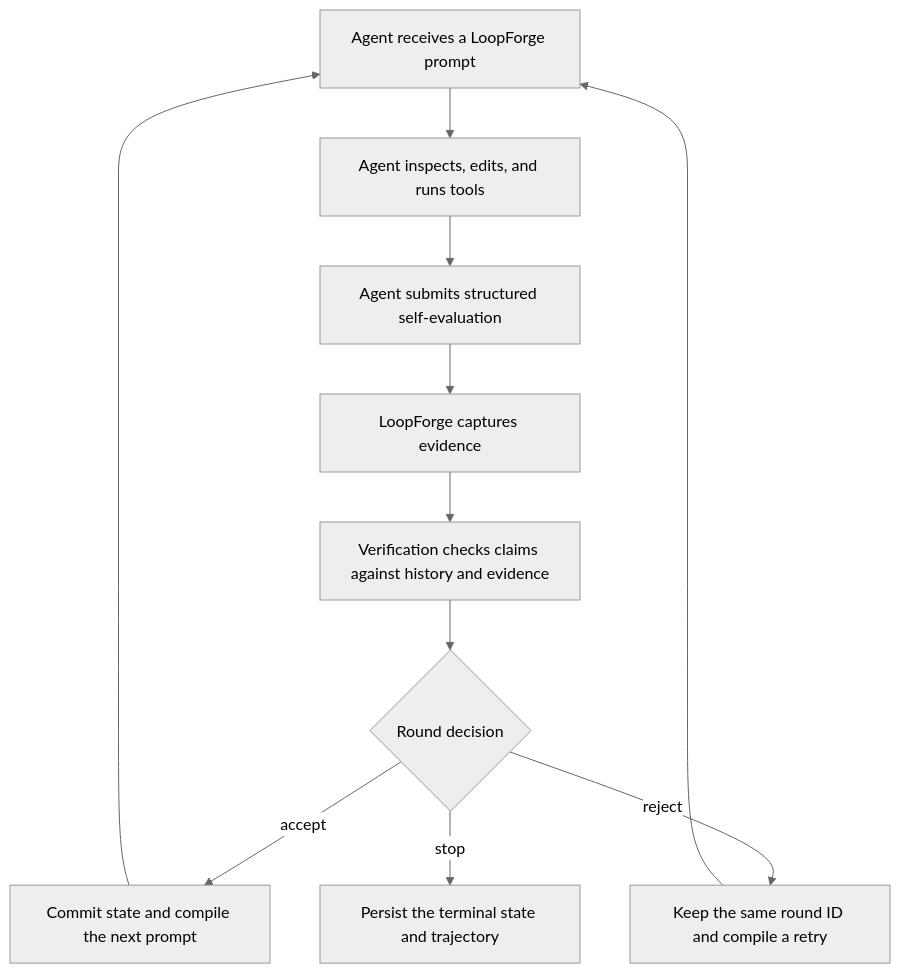
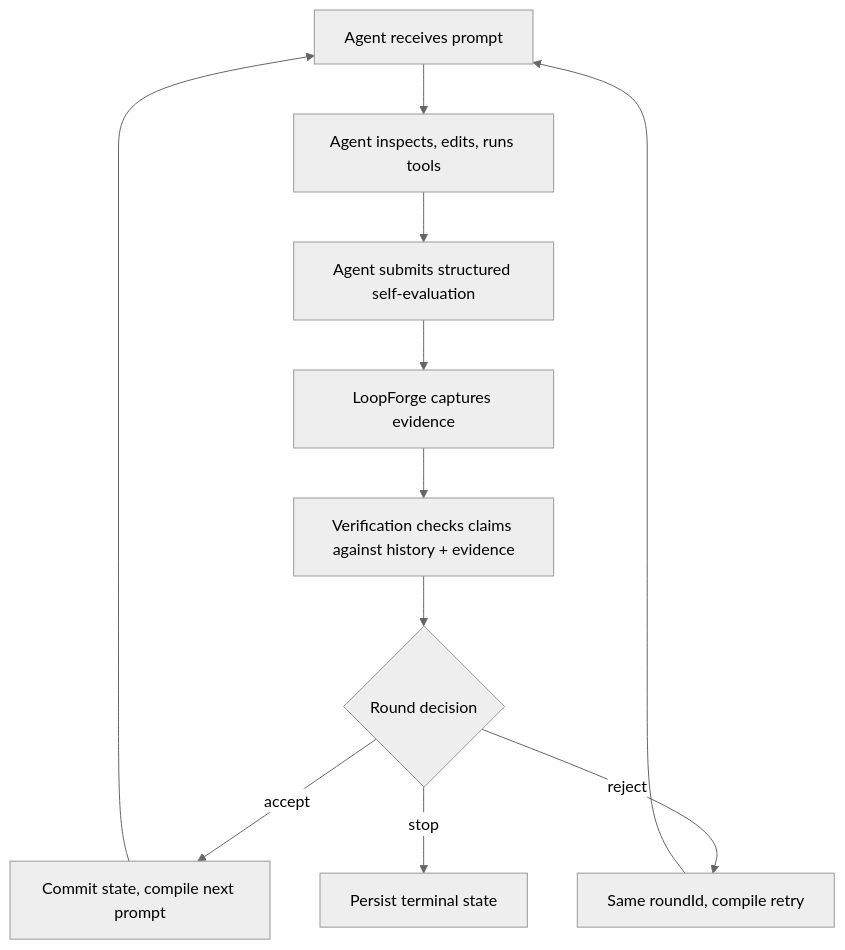
Before and after one commit to kyrielrving11/LoopForge: the diagram in README.md, drawn with Mermaid (neutral theme). The commit also changed other lines of this file and 110 other files, not shown here.

````diff
--- a/README.md
+++ b/README.md
@@ -43,13 +67,13 @@
 ```mermaid
 flowchart TD
-    A["Agent receives a LoopForge prompt"] --> B["Agent inspects, edits, and runs tools"]
+    A["Agent receives prompt"] --> B["Agent inspects, edits, runs tools"]
     B --> C["Agent submits structured self-evaluation"]
     C --> D["LoopForge captures evidence"]
-    D --> E["Verification checks claims against history and evidence"]
+    D --> E["Verification checks claims against history + evidence"]
     E --> F{"Round decision"}
-    F -->|accept| G["Commit state and compile the next prompt"]
-    F -->|reject| H["Keep the same round ID and compile a retry"]
-    F -->|stop| I["Persist the terminal state and trajectory"]
+    F -->|accept| G["Commit state, compile next prompt"]
+    F -->|reject| H["Same roundId, compile retry"]
+    F -->|stop| I["Persist terminal state"]
     G --> A
     H --> A
 ```
````
